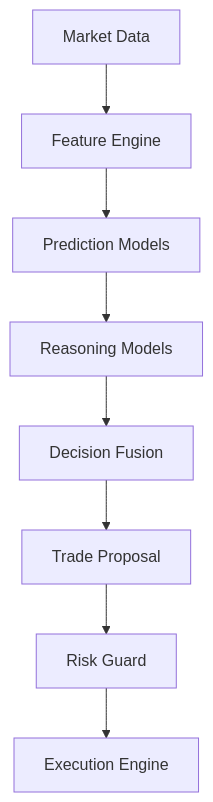
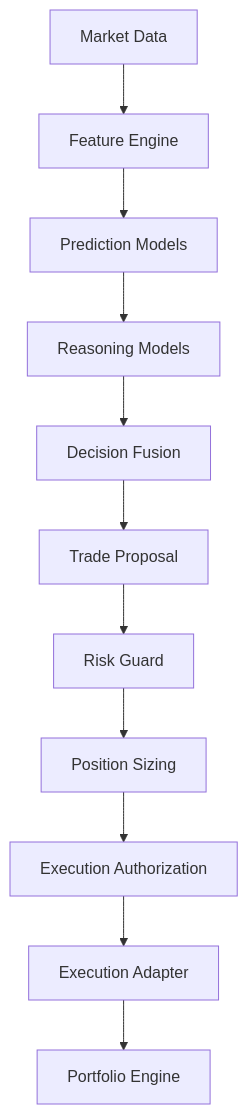
Before and after one commit to skyron0/QuantForge: the diagram in docs/AI_ARCHITECTURE.md, drawn with Mermaid. The commit also changed other lines of this file and 149 other files, not shown here.

````diff
--- a/docs/AI_ARCHITECTURE.md
+++ b/docs/AI_ARCHITECTURE.md
@@ -11,10 +11,13 @@
 ```mermaid
 graph TD
     MD[Market Data] --> FE[Feature Engine]
     FE --> PM[Prediction Models]
     PM --> RM[Reasoning Models]
     RM --> DF[Decision Fusion]
     DF --> TP[Trade Proposal]
     TP --> RG[Risk Guard]
-    RG --> EE[Execution Engine]
+    RG --> PS[Position Sizing]
+    PS --> EA[Execution Authorization]
+    EA --> EX[Execution Adapter]
+    EX --> PE[Portfolio Engine]
 ```
````
